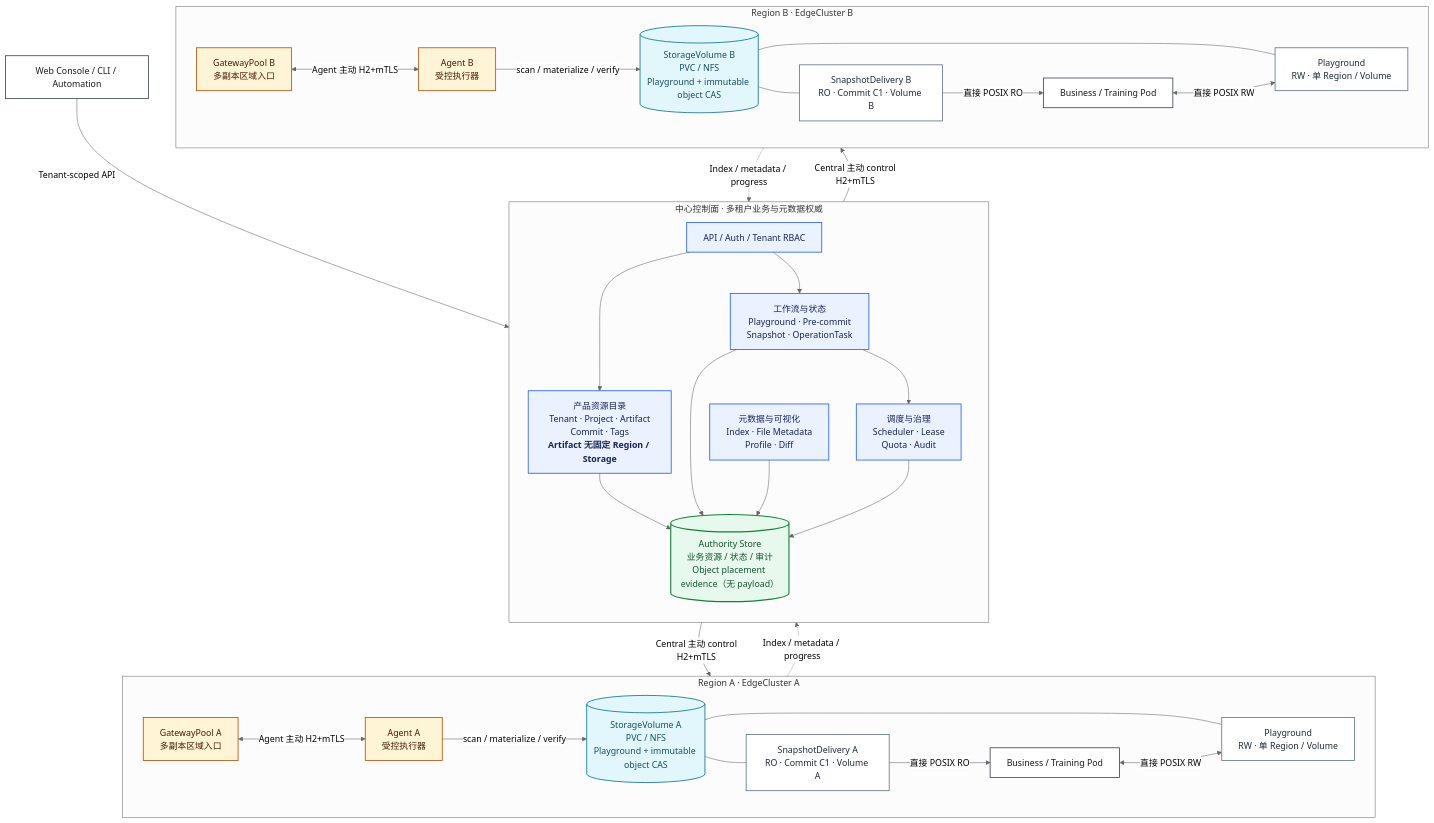
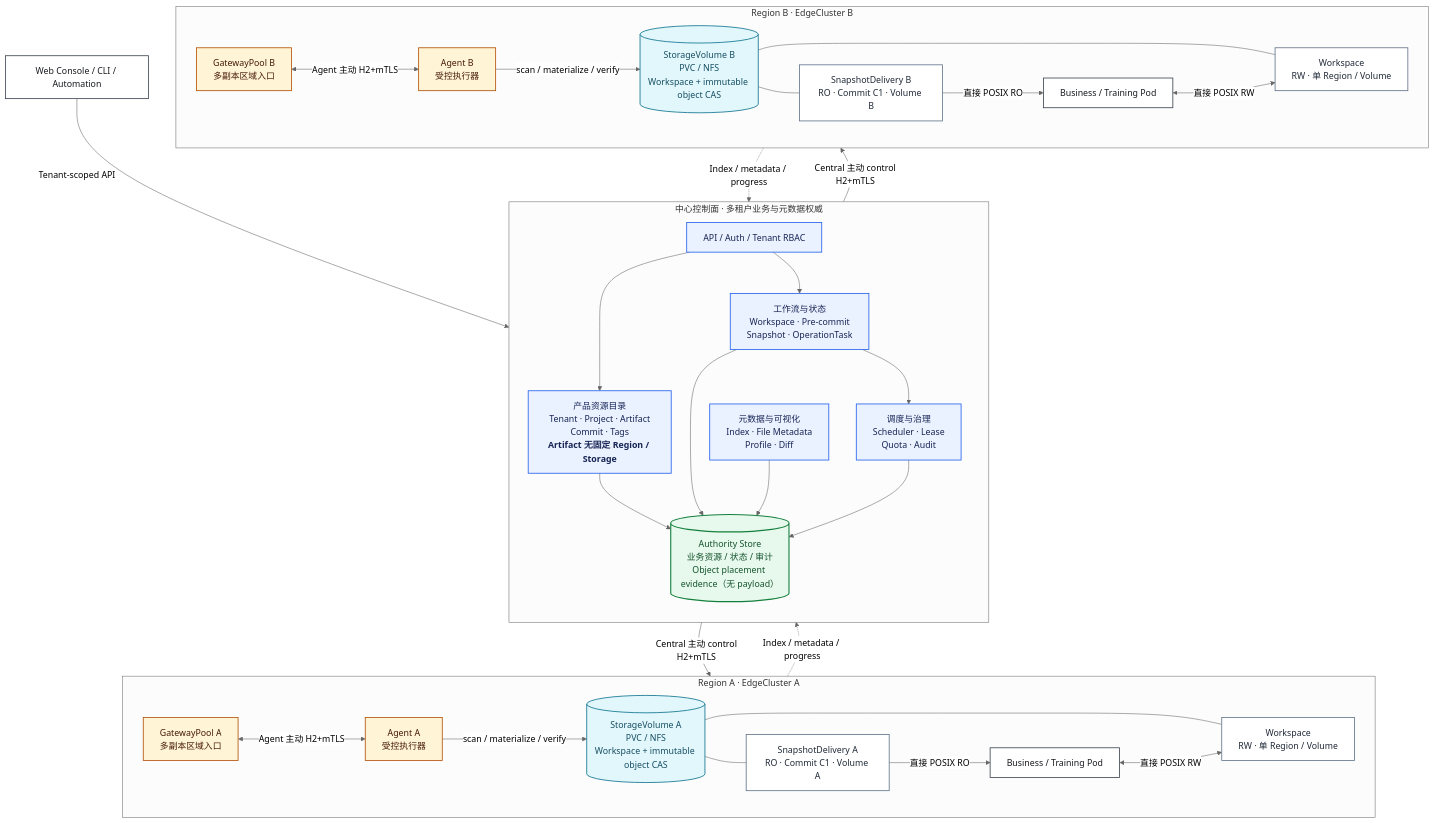
One commit to kwsc98/neoengram changed the diagram in docs/product.md. Above: the diagram before and after it, drawn with Mermaid (neutral theme). The commit also changed other lines of this file and 212 other files, not shown here.

Commit message:
feat: unify product tasks and workspace flows

````diff
--- a/docs/product.md
+++ b/docs/product.md
@@ -108,74 +108,74 @@
 ```mermaid
 flowchart TB
     ENTRY["Web Console / CLI / Automation"]
 
     subgraph CENTER["中心控制面 · 多租户业务与元数据权威"]
         direction TB
         API["API / Auth / Tenant RBAC"]
         CATALOG["产品资源目录<br/>Tenant · Project · Artifact<br/>Commit · Tags<br/><b>Artifact 无固定 Region / Storage</b>"]
-        WORKFLOW["工作流与状态<br/>Playground · Pre-commit<br/>Snapshot · OperationTask"]
+        WORKFLOW["工作流与状态<br/>Workspace · Pre-commit<br/>Snapshot · OperationTask"]
         META["元数据与可视化<br/>Index · File Metadata<br/>Profile · Diff"]
         OPS["调度与治理<br/>Scheduler · Lease<br/>Quota · Audit"]
         DB[("Authority Store<br/>业务资源 / 状态 / 审计<br/>Object placement evidence（无 payload）")]
 
         API --> CATALOG
         API --> WORKFLOW
         CATALOG --> DB
         WORKFLOW --> DB
         META --> DB
         OPS --> DB
         WORKFLOW --> OPS
     end
 
     ENTRY -->|"Tenant-scoped API"| API
 
     subgraph REGION_A["Region A · EdgeCluster A"]
         direction LR
         GW_A["GatewayPool A<br/>多副本区域入口"]
         AGENT_A["Agent A<br/>受控执行器"]
-        VOLUME_A[("StorageVolume A<br/>PVC / NFS<br/>Playground + immutable object CAS")]
-        PG_A["Playground<br/>RW · 单 Region / Volume"]
+        VOLUME_A[("StorageVolume A<br/>PVC / NFS<br/>Workspace + immutable object CAS")]
+        WS_A["Workspace<br/>RW · 单 Region / Volume"]
         SS_A["SnapshotDelivery A<br/>RO · Commit C1 · Volume A"]
         POD_A["Business / Training Pod"]
         GW_A <-->|"Agent 主动 H2+mTLS"| AGENT_A
         AGENT_A -->|"scan / materialize / verify"| VOLUME_A
-        VOLUME_A --- PG_A
+        VOLUME_A --- WS_A
         VOLUME_A --- SS_A
-        POD_A <-->|"直接 POSIX RW"| PG_A
+        POD_A <-->|"直接 POSIX RW"| WS_A
         SS_A -->|"直接 POSIX RO"| POD_A
     end
 
     subgraph REGION_B["Region B · EdgeCluster B"]
         direction LR
         GW_B["GatewayPool B<br/>多副本区域入口"]
         AGENT_B["Agent B<br/>受控执行器"]
-        VOLUME_B[("StorageVolume B<br/>PVC / NFS<br/>Playground + immutable object CAS")]
-        PG_B["Playground<br/>RW · 单 Region / Volume"]
+        VOLUME_B[("StorageVolume B<br/>PVC / NFS<br/>Workspace + immutable object CAS")]
+        WS_B["Workspace<br/>RW · 单 Region / Volume"]
         SS_B["SnapshotDelivery B<br/>RO · Commit C1 · Volume B"]
         POD_B["Business / Training Pod"]
         GW_B <-->|"Agent 主动 H2+mTLS"| AGENT_B
         AGENT_B -->|"scan / materialize / verify"| VOLUME_B
-        VOLUME_B --- PG_B
+        VOLUME_B --- WS_B
         VOLUME_B --- SS_B
-        POD_B <-->|"直接 POSIX RW"| PG_B
+        POD_B <-->|"直接 POSIX RW"| WS_B
         SS_B -->|"直接 POSIX RO"| POD_B
     end
 
     OPS -->|"Central 主动 control<br/>H2+mTLS"| GW_A
     OPS -->|"Central 主动 control<br/>H2+mTLS"| GW_B
     GW_A -.->|"Index / metadata / progress"| META
     GW_B -.->|"Index / metadata / progress"| META
     classDef entry fill:#ffffff,stroke:#3f4752,color:#17191d,stroke-width:1.5px;
     classDef control fill:#eaf1ff,stroke:#2563eb,color:#172554,stroke-width:1.5px;
     classDef authority fill:#e7f8ec,stroke:#15803d,color:#14532d,stroke-width:2px;
     classDef agent fill:#fff4d6,stroke:#b45309,color:#451a03,stroke-width:1.5px;
     classDef storage fill:#e2f7fb,stroke:#0e7490,color:#164e63,stroke-width:1.5px;
     classDef view fill:#ffffff,stroke:#64748b,color:#1f2937,stroke-width:1.5px;
 
     class ENTRY,POD_A,POD_B entry;
     class API,CATALOG,WORKFLOW,META,OPS control;
     class DB authority;
     class GW_A,GW_B,AGENT_A,AGENT_B agent;
     class VOLUME_A,VOLUME_B storage;
-    class PG_A,PG_B,SS_A,SS_B view;
+    class WS_A,WS_B,SS_A,SS_B view;
 ```
````
